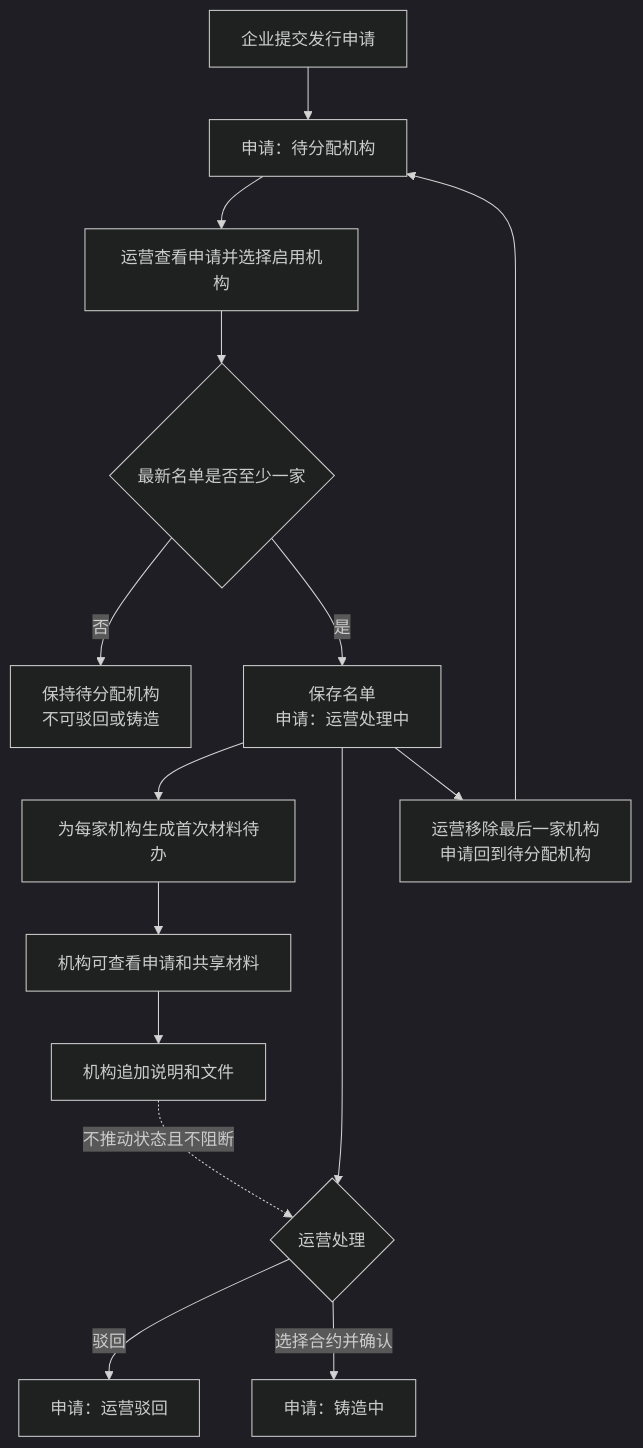
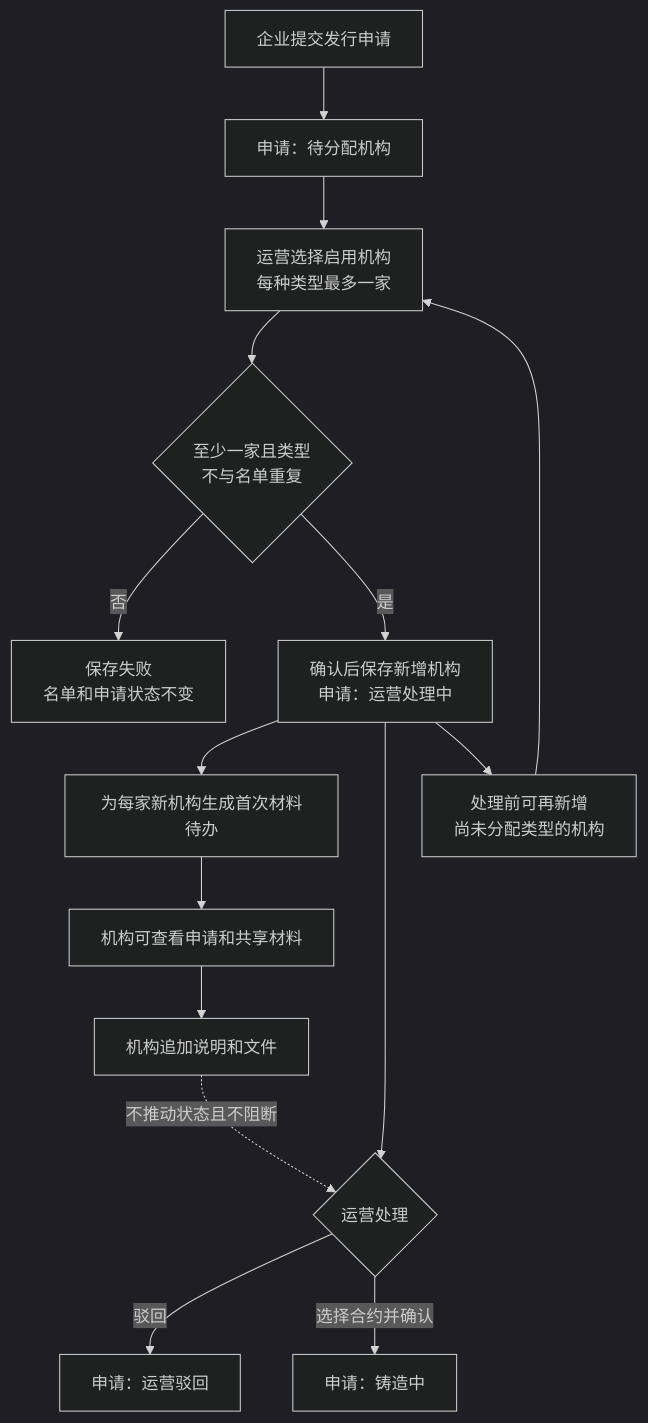
Before and after one commit to wxblockchain/Chain-Financing: the first of 5 diagrams in token-issuance-platform/PRD/管理端/M3b-代币发行-审核与铸造/02-代币发行-审核与铸造-流程图与状态机.md, drawn with Mermaid (dark theme). The commit also changed other lines of this file and 3 other files, not shown here.

````diff
--- a/token-issuance-platform/PRD/管理端/M3b-代币发行-审核与铸造/02-代币发行-审核与铸造-流程图与状态机.md
+++ b/token-issuance-platform/PRD/管理端/M3b-代币发行-审核与铸造/02-代币发行-审核与铸造-流程图与状态机.md
@@ -21,17 +21,17 @@
 ```mermaid
 flowchart TD
     A[企业提交发行申请] --> B[申请：待分配机构]
-    B --> C[运营查看申请并选择启用机构]
-    C --> D{最新名单是否至少一家}
-    D -->|否| E[保持待分配机构<br/>不可驳回或铸造]
-    D -->|是| F[保存名单<br/>申请：运营处理中]
-    F --> G[为每家机构生成首次材料待办]
+    B --> C[运营选择启用机构<br/>每种类型最多一家]
+    C --> D{至少一家且类型<br/>不与名单重复}
+    D -->|否| E[保存失败<br/>名单和申请状态不变]
+    D -->|是| F[确认后保存新增机构<br/>申请：运营处理中]
+    F --> G[为每家新机构生成首次材料待办]
     G --> H[机构可查看申请和共享材料]
     H --> I[机构追加说明和文件]
     F --> J{运营处理}
-    F --> M[运营移除最后一家机构<br/>申请回到待分配机构]
-    M --> B
+    F --> M[处理前可再新增<br/>尚未分配类型的机构]
+    M --> C
     J -->|驳回| K[申请：运营驳回]
     J -->|选择合约并确认| L[申请：铸造中]
     I -.不推动状态且不阻断.-> J
 ```
````
